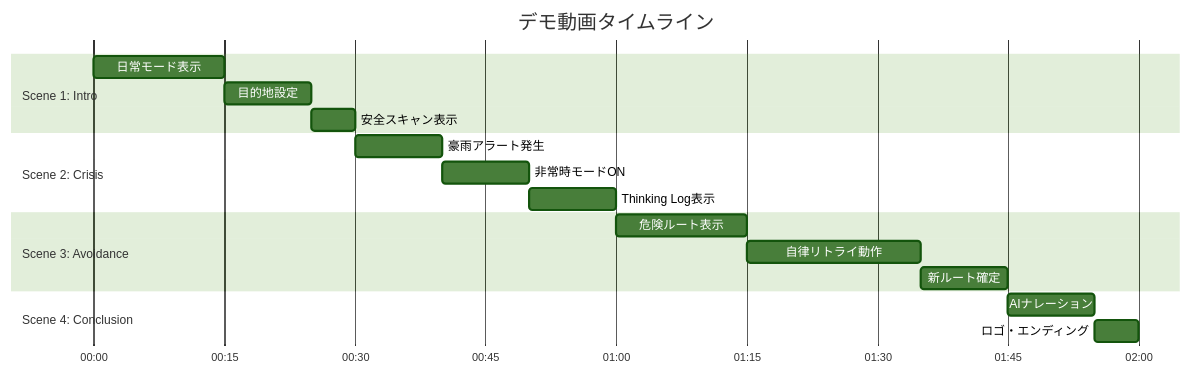
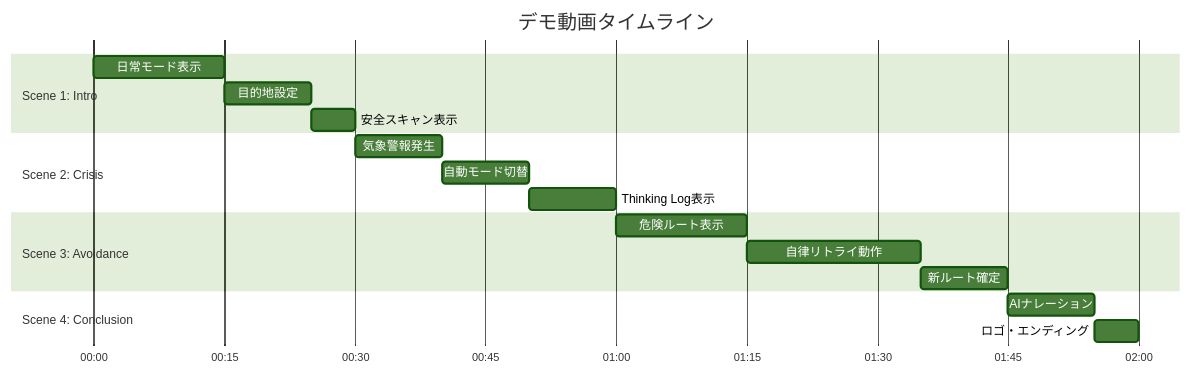
One commit to Ryg-appdev/safe-routing-ai-navigation changed the first of 6 diagrams in Docs/確定/09_デモシナリオ・テスト計画書.md. Above: the diagram before and after it, drawn with Mermaid (forest theme). The commit also changed other lines of this file and 6 other files, not shown here.

````diff
--- a/Docs/確定/09_デモシナリオ・テスト計画書.md
+++ b/Docs/確定/09_デモシナリオ・テスト計画書.md
@@ -7,25 +7,25 @@
 ```mermaid
 gantt
     title デモ動画タイムライン
     dateFormat mm:ss
     axisFormat %M:%S
     
     section Scene 1: Intro
     日常モード表示        :a1, 00:00, 15s
     目的地設定           :a2, after a1, 10s
     安全スキャン表示      :a3, after a2, 5s
     
     section Scene 2: Crisis
-    豪雨アラート発生      :b1, 00:30, 10s
-    非常時モードON       :b2, after b1, 10s
+    気象警報発生          :b1, 00:30, 10s
+    自動モード切替        :b2, after b1, 10s
     Thinking Log表示     :b3, after b2, 10s
     
     section Scene 3: Avoidance
     危険ルート表示        :c1, 01:00, 15s
     自律リトライ動作      :c2, after c1, 20s
     新ルート確定         :c3, after c2, 10s
     
     section Scene 4: Conclusion
     AIナレーション       :d1, 01:45, 10s
     ロゴ・エンディング    :d2, after d1, 5s
 ```
````
